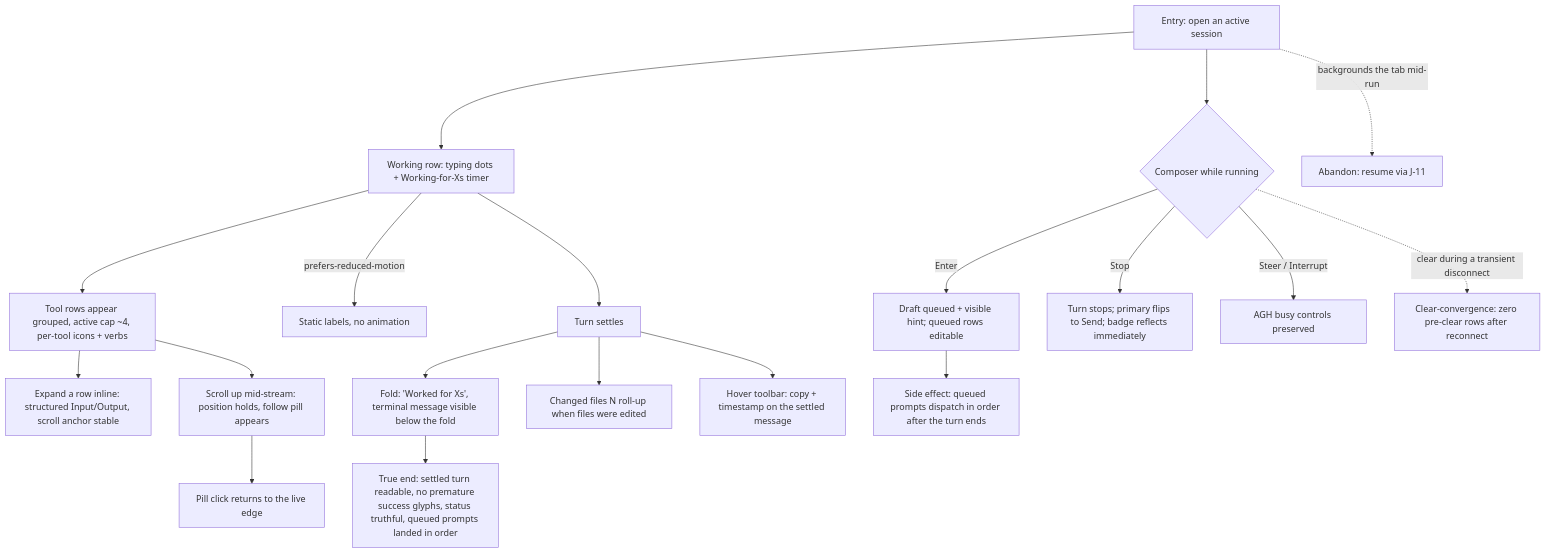
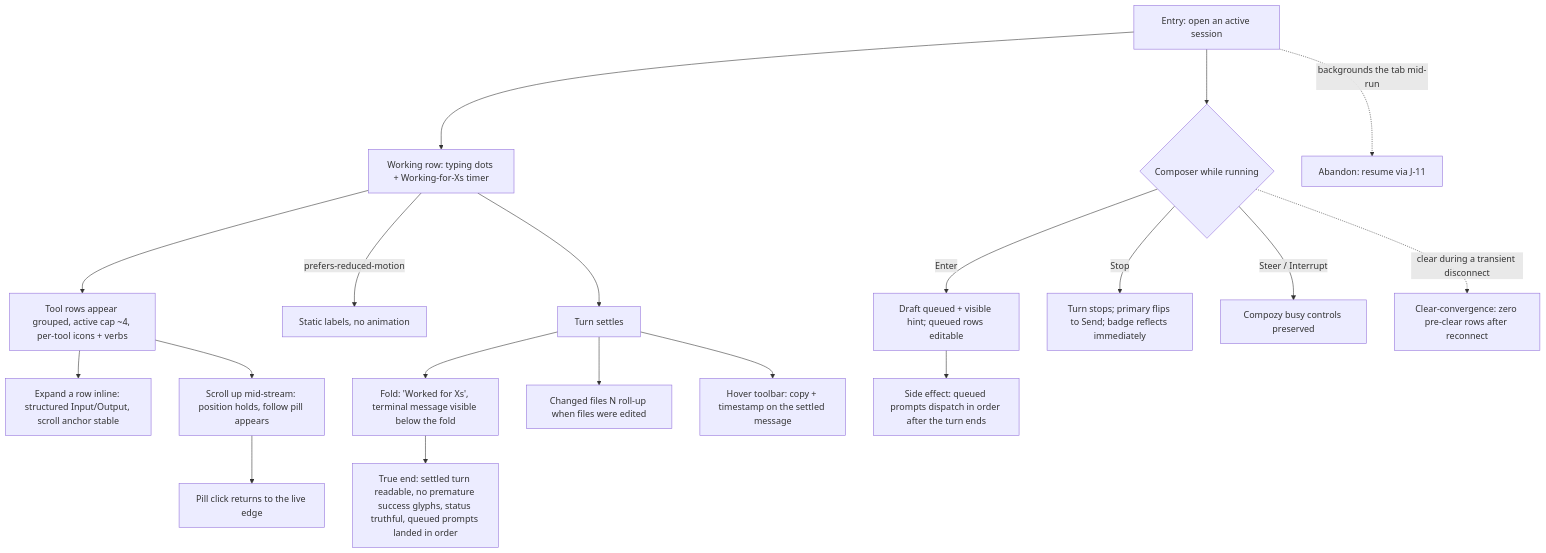
One commit to compozy/compozy changed the diagram in docs/qa/journeys/J-13-follow-a-live-run.md. Above: the diagram before and after it, drawn with Mermaid. The commit also changed 831 other files, not shown here.

````diff
--- a/docs/qa/journeys/J-13-follow-a-live-run.md
+++ b/docs/qa/journeys/J-13-follow-a-live-run.md
@@ -5,21 +5,21 @@
 ```mermaid
 flowchart TD
     E[Entry: open an active session] --> W[Working row: typing dots + Working-for-Xs timer]
     W --> TR[Tool rows appear grouped, active cap ~4, per-tool icons + verbs]
     TR --> EX[Expand a row inline: structured Input/Output, scroll anchor stable]
     TR --> SCRL[Scroll up mid-stream: position holds, follow pill appears]
     SCRL --> PILL[Pill click returns to the live edge]
     W -->|prefers-reduced-motion| RM[Static labels, no animation]
     E --> C{Composer while running}
     C -->|Enter| Q[Draft queued + visible hint; queued rows editable]
     C -->|Stop| STP[Turn stops; primary flips to Send; badge reflects immediately]
-    C -->|Steer / Interrupt| SI[AGH busy controls preserved]
+    C -->|Steer / Interrupt| SI[Compozy busy controls preserved]
     Q --> DQ[Side effect: queued prompts dispatch in order after the turn ends]
     W --> SET[Turn settles]
     SET --> F[Fold: 'Worked for Xs', terminal message visible below the fold]
     SET --> CF[Changed files N roll-up when files were edited]
     SET --> HT[Hover toolbar: copy + timestamp on the settled message]
     C -.->|clear during a transient disconnect| CLR[Clear-convergence: zero pre-clear rows after reconnect]
     E -.->|backgrounds the tab mid-run| AB[Abandon: resume via J-11]
     F --> TE[True end: settled turn readable, no premature success glyphs, status truthful, queued prompts landed in order]
 ```
````
